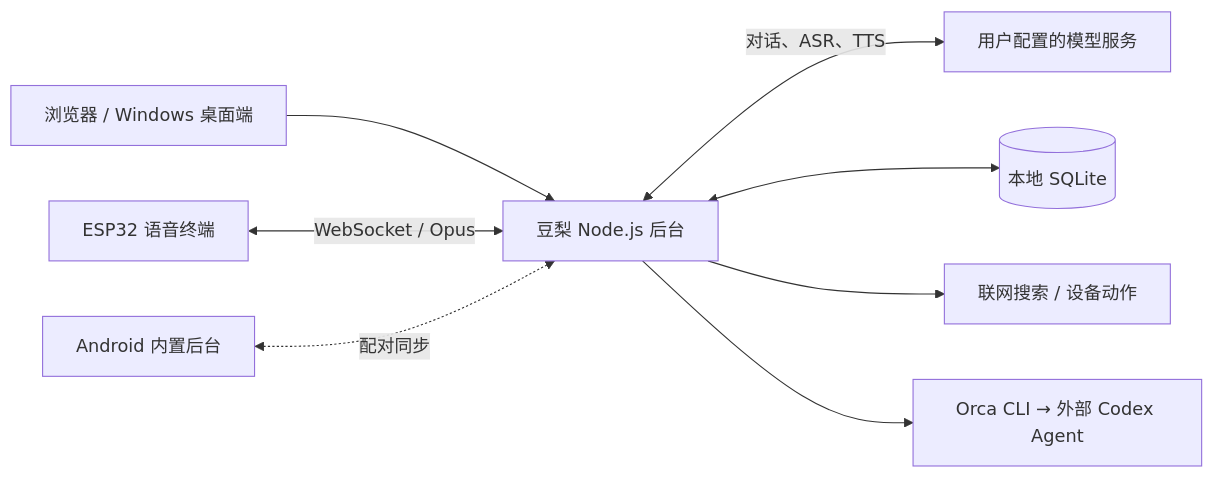
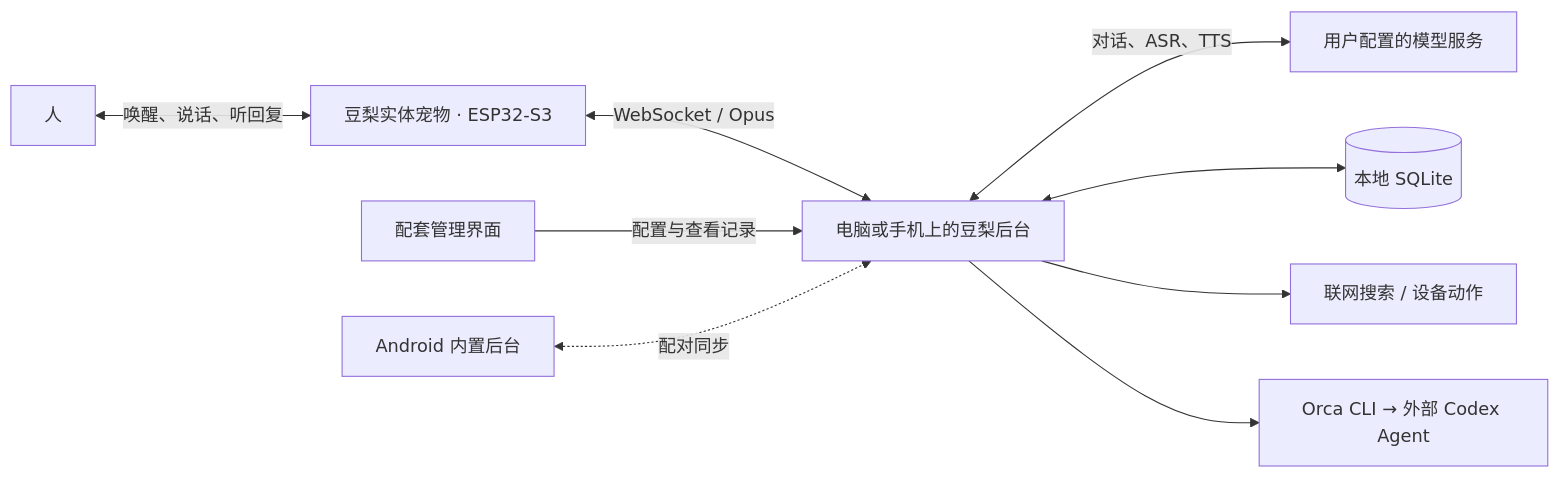
Before and after one commit to Syfyivan/douli-esp32: the diagram in README.md, drawn with Mermaid. The commit also changed other lines of this file and 5 other files, not shown here.

````diff
--- a/README.md
+++ b/README.md
@@ -58,10 +64,11 @@
 ```mermaid
 flowchart LR
-  Web[浏览器 / Windows 桌面端] --> Core[豆梨 Node.js 后台]
-  ESP[ESP32 语音终端] <-->|WebSocket / Opus| Core
+  Human[人] <-->|唤醒、说话、听回复| ESP[豆梨实体宠物 · ESP32-S3]
+  ESP <-->|WebSocket / Opus| Core[电脑或手机上的豆梨后台]
+  Web[配套管理界面] -->|配置与查看记录| Core
   Core <-->|对话、ASR、TTS| Models[用户配置的模型服务]
   Core <--> Local[(本地 SQLite)]
   Core --> Tools[联网搜索 / 设备动作]
   Core --> Orca[Orca CLI → 外部 Codex Agent]
   Android[Android 内置后台] <-.->|配对同步| Core
 ```
````
